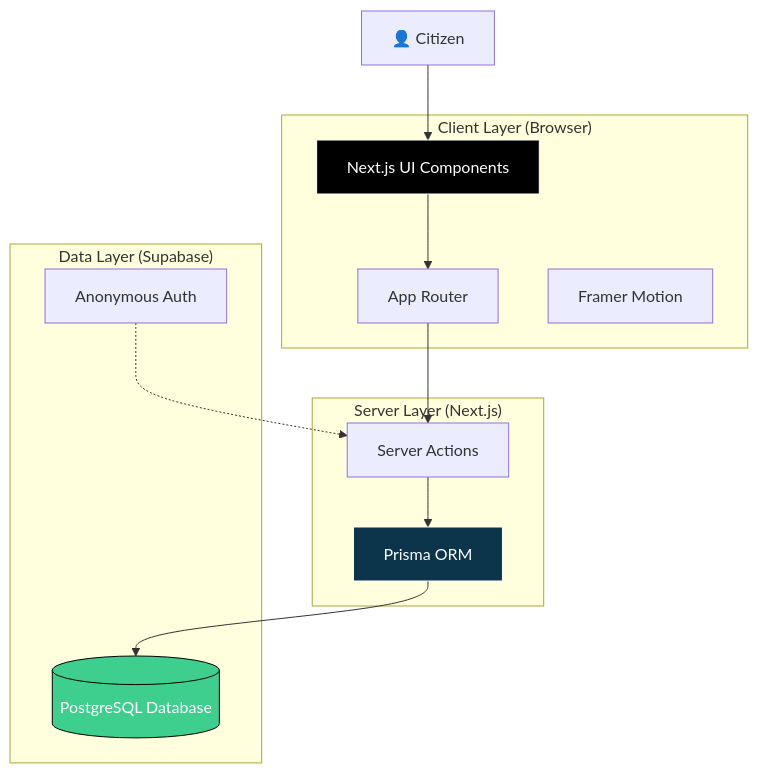
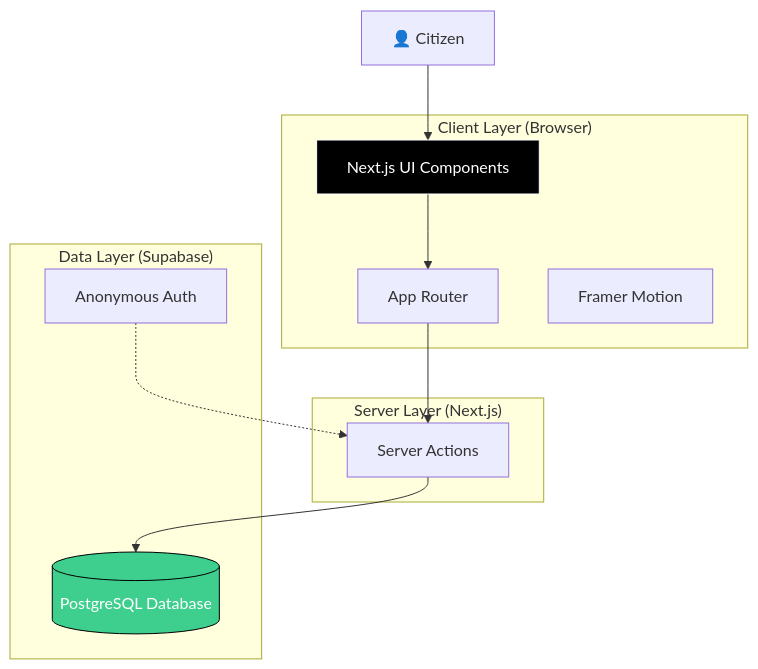
Before and after one commit to joaoSilva240/ouvidoria-ativa-boituva: the diagram in README.md, drawn with Mermaid. The commit also changed other lines of this file and 1 other file, not shown here.

Commit message:
docs: remove Prisma references from architecture documentation

````diff
--- a/README.md
+++ b/README.md
@@ -21,29 +21,26 @@
 ```mermaid
 graph TB
     subgraph "Client Layer (Browser)"
         UI[Next.js UI Components]
         Router[App Router]
         Motion[Framer Motion]
     end
     
     subgraph "Server Layer (Next.js)"
         SA[Server Actions]
-        Prisma[Prisma ORM]
     end
     
     subgraph "Data Layer (Supabase)"
         Auth[Anonymous Auth]
         DB[(PostgreSQL Database)]
     end
     
     User[👤 Citizen] --> UI
     UI --> Router
     Router --> SA
-    SA --> Prisma
-    Prisma --> DB
+    SA --> DB
     Auth -.-> SA
     
     style UI fill:#000,stroke:#fff,color:#fff
     style DB fill:#3ECF8E,stroke:#000,color:#fff
-    style Prisma fill:#0C344B,stroke:#fff,color:#fff
 ```
````
